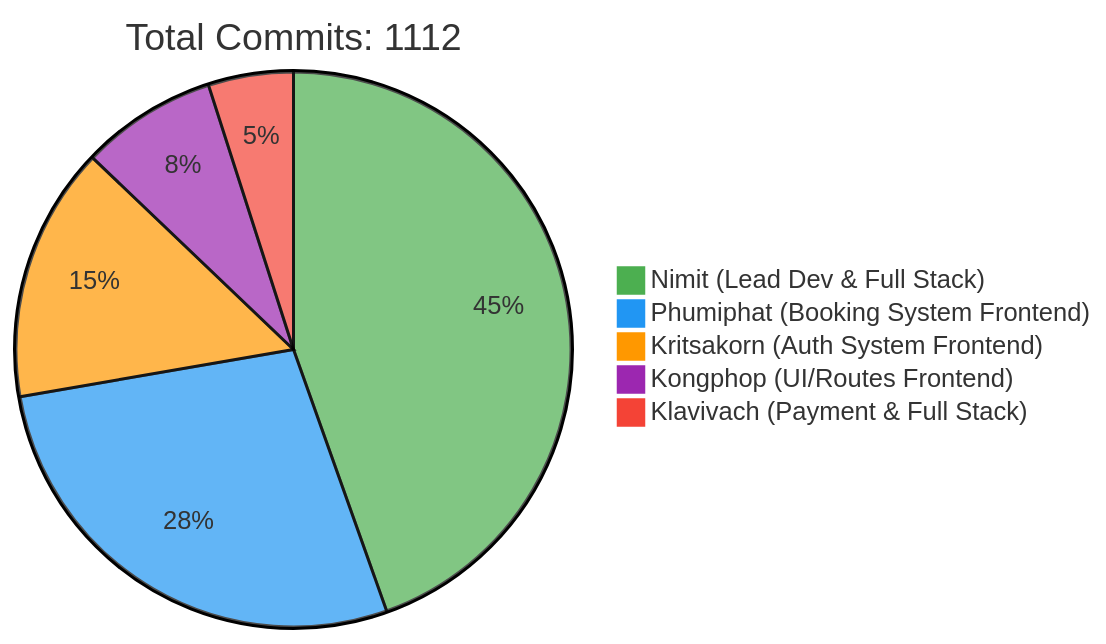
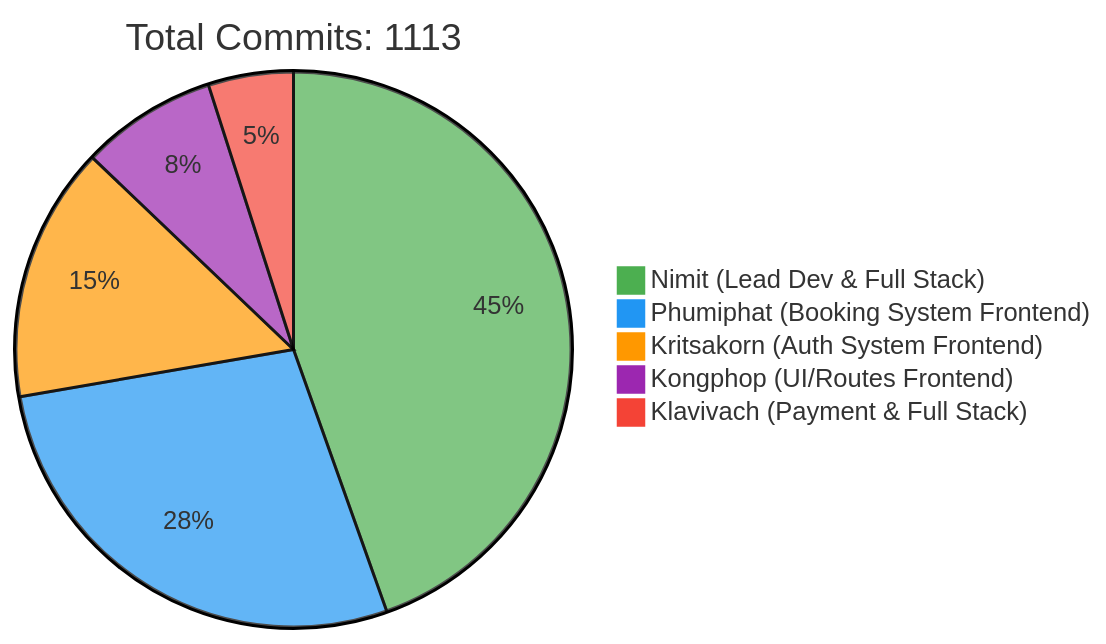
Before and after one commit to 6531503042/Sport-Complex: the first of 2 diagrams in README.md, drawn with Mermaid. The commit also changed other lines of this file, not shown here.

Commit message:
docs: Update contributor statistics [skip ci]

````diff
--- a/README.md
+++ b/README.md
@@ -257,10 +257,10 @@
 ```mermaid
 %%{init: {'theme': 'base', 'themeVariables': { 'pie1': '#4CAF50', 'pie2': '#2196F3', 'pie3': '#FF9800', 'pie4': '#9C27B0', 'pie5': '#F44336'}}}%%
 pie
-    title Total Commits: 1112
+    title Total Commits: 1113
     "Nimit (Lead Dev & Full Stack)" : 450
     "Phumiphat (Booking System Frontend)" : 280
     "Kritsakorn (Auth System Frontend)" : 150
     "Kongphop (UI/Routes Frontend)" : 80
     "Klavivach (Payment & Full Stack)" : 50
 ```
````
